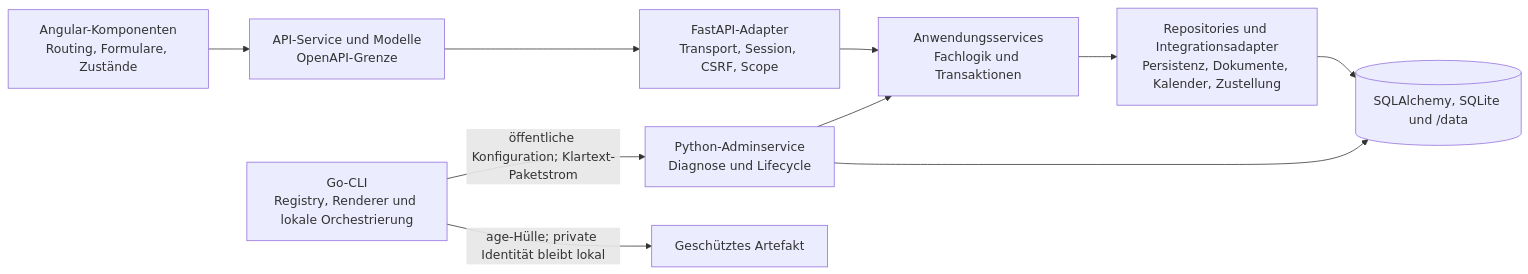
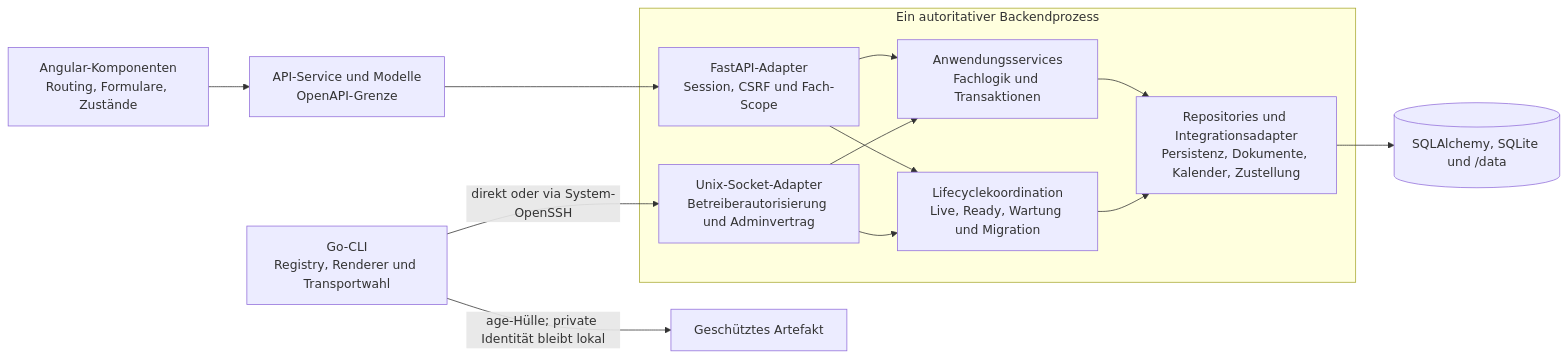
One commit to lxndrp/lzug changed the third of 6 diagrams in docs/developers/architecture.md. Above: the diagram before and after it, drawn with Mermaid. The commit also changed other lines of this file and 5 other files, not shown here.

Commit message:
Document AIO admin transport architecture (#708) (#720)

````diff
--- a/docs/developers/architecture.md
+++ b/docs/developers/architecture.md
@@ -66,21 +71,28 @@
 ```mermaid
 flowchart LR
   spa["Angular-Komponenten<br/>Routing, Formulare, Zustände"]
   client["API-Service und Modelle<br/>OpenAPI-Grenze"]
-  http["FastAPI-Adapter<br/>Transport, Session, CSRF, Scope"]
-  core["Anwendungsservices<br/>Fachlogik und Transaktionen"]
-  repo["Repositories und Integrationsadapter<br/>Persistenz, Dokumente, Kalender, Zustellung"]
+  cli["Go-CLI<br/>Registry, Renderer und Transportwahl"]
+
+  subgraph process["Ein autoritativer Backendprozess"]
+    http["FastAPI-Adapter<br/>Session, CSRF und Fach-Scope"]
+    socket["Unix-Socket-Adapter<br/>Betreiberautorisierung und Adminvertrag"]
+    lifecycle["Lifecyclekoordination<br/>Live, Ready, Wartung und Migration"]
+    core["Anwendungsservices<br/>Fachlogik und Transaktionen"]
+    repo["Repositories und Integrationsadapter<br/>Persistenz, Dokumente, Kalender, Zustellung"]
+  end
+
   store[("SQLAlchemy, SQLite und /data")]
-  admin["Python-Adminservice<br/>Diagnose und Lifecycle"]
-  cli["Go-CLI<br/>Registry, Renderer und lokale Orchestrierung"]
 
   spa --> client
   client --> http
   http --> core
+  http --> lifecycle
+  cli -->|"direkt oder via System-OpenSSH"| socket
+  socket --> core
+  socket --> lifecycle
   core --> repo
+  lifecycle --> repo
   repo --> store
-  cli -->|"öffentliche Konfiguration; Klartext-Paketstrom"| admin
   cli -->|"age-Hülle; private Identität bleibt lokal"| artifact["Geschütztes Artefakt"]
-  admin --> core
-  admin --> store
 ```
````
